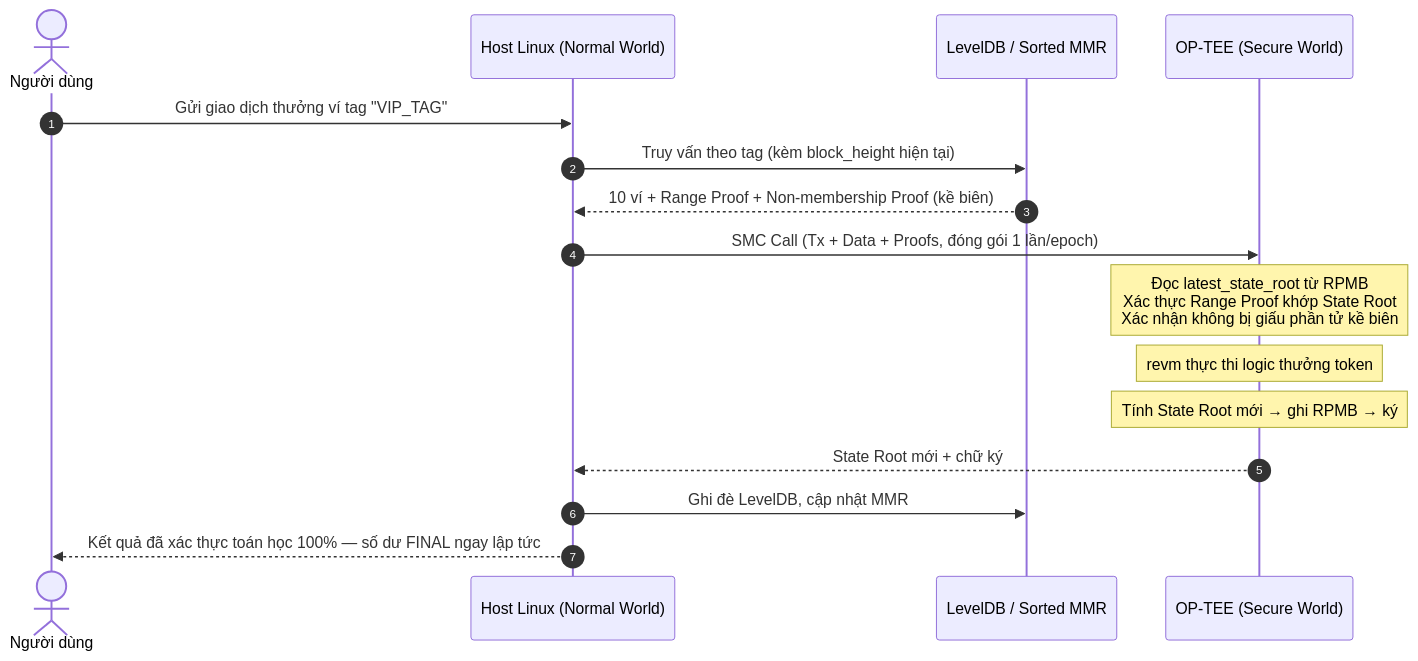
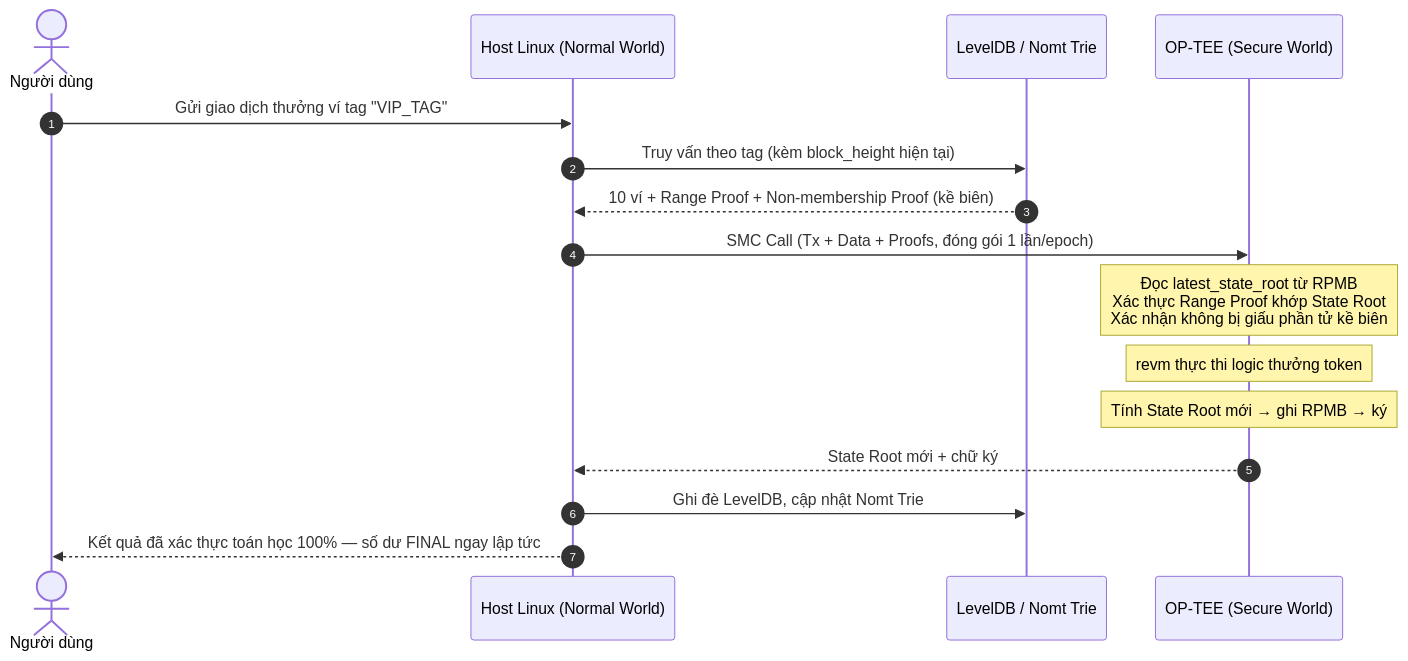
Before and after one commit to x3pi/metanode: the third of 5 diagrams in note/tee_architecture.md, drawn with Mermaid. The commit also changed other lines of this file and 3 other files, not shown here.

Commit message:
refactor(tee): replace MMR with Nomt Trie for Fraud Proof verification

````diff
--- a/note/tee_architecture.md
+++ b/note/tee_architecture.md
@@ -132,19 +132,19 @@
 ```mermaid
 sequenceDiagram
     autonumber
     actor U as Người dùng
     participant H as Host Linux (Normal World)
-    participant DB as LevelDB / Sorted MMR
+    participant DB as LevelDB / Nomt Trie
     participant T as OP-TEE (Secure World)
 
     U->>H: Gửi giao dịch thưởng ví tag "VIP_TAG"
     H->>DB: Truy vấn theo tag (kèm block_height hiện tại)
     DB-->>H: 10 ví + Range Proof + Non-membership Proof (kề biên)
     H->>T: SMC Call (Tx + Data + Proofs, đóng gói 1 lần/epoch)
     Note over T: Đọc latest_state_root từ RPMB<br/>Xác thực Range Proof khớp State Root<br/>Xác nhận không bị giấu phần tử kề biên
     Note over T: revm thực thi logic thưởng token
     Note over T: Tính State Root mới → ghi RPMB → ký
     T-->>H: State Root mới + chữ ký
-    H->>DB: Ghi đè LevelDB, cập nhật MMR
+    H->>DB: Ghi đè LevelDB, cập nhật Nomt Trie
     H-->>U: Kết quả đã xác thực toán học 100% — số dư FINAL ngay lập tức
 ```
````
